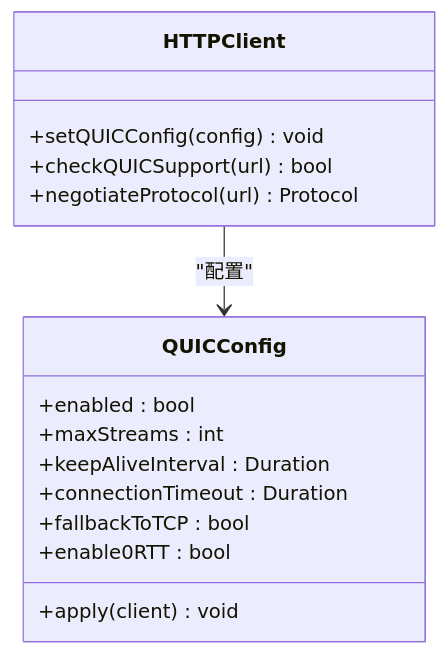
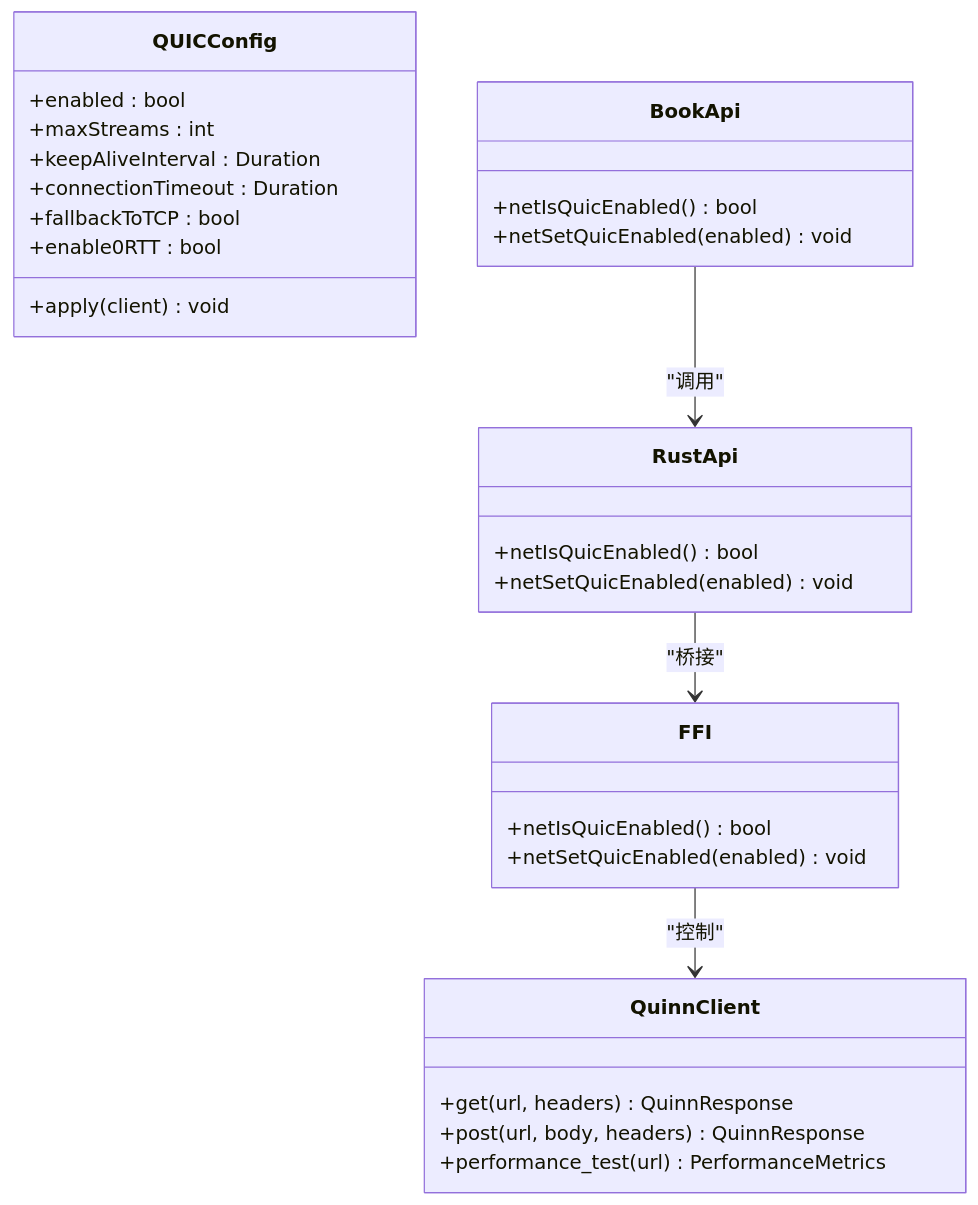
Before and after one commit to ZhangGHGitHub/LegadoTeamFlutter: the ninth of 16 diagrams in .qoder/repowiki/zh/content/Rust核心库/网络层/网络层.md, drawn with Mermaid. The commit also changed other lines of this file and 173 other files, not shown here.

````diff
--- a/.qoder/repowiki/zh/content/Rust核心库/网络层/网络层.md
+++ b/.qoder/repowiki/zh/content/Rust核心库/网络层/网络层.md
@@ -407,18 +535,32 @@
 ```mermaid
 classDiagram
 class QUICConfig {
 +enabled : bool
 +maxStreams : int
 +keepAliveInterval : Duration
 +connectionTimeout : Duration
 +fallbackToTCP : bool
 +enable0RTT : bool
 +apply(client) void
 }
-class HTTPClient {
-+setQUICConfig(config) void
-+checkQUICSupport(url) bool
-+negotiateProtocol(url) Protocol
+class BookApi {
++netIsQuicEnabled() bool
++netSetQuicEnabled(enabled) void
 }
-HTTPClient --> QUICConfig : "配置"
+class RustApi {
++netIsQuicEnabled() bool
++netSetQuicEnabled(enabled) void
+}
+class FFI {
++netIsQuicEnabled() bool
++netSetQuicEnabled(enabled) void
+}
+class QuinnClient {
++get(url, headers) QuinnResponse
++post(url, body, headers) QuinnResponse
++performance_test(url) PerformanceMetrics
+}
+BookApi --> RustApi : "调用"
+RustApi --> FFI : "桥接"
+FFI --> QuinnClient : "控制"
 ```
````
